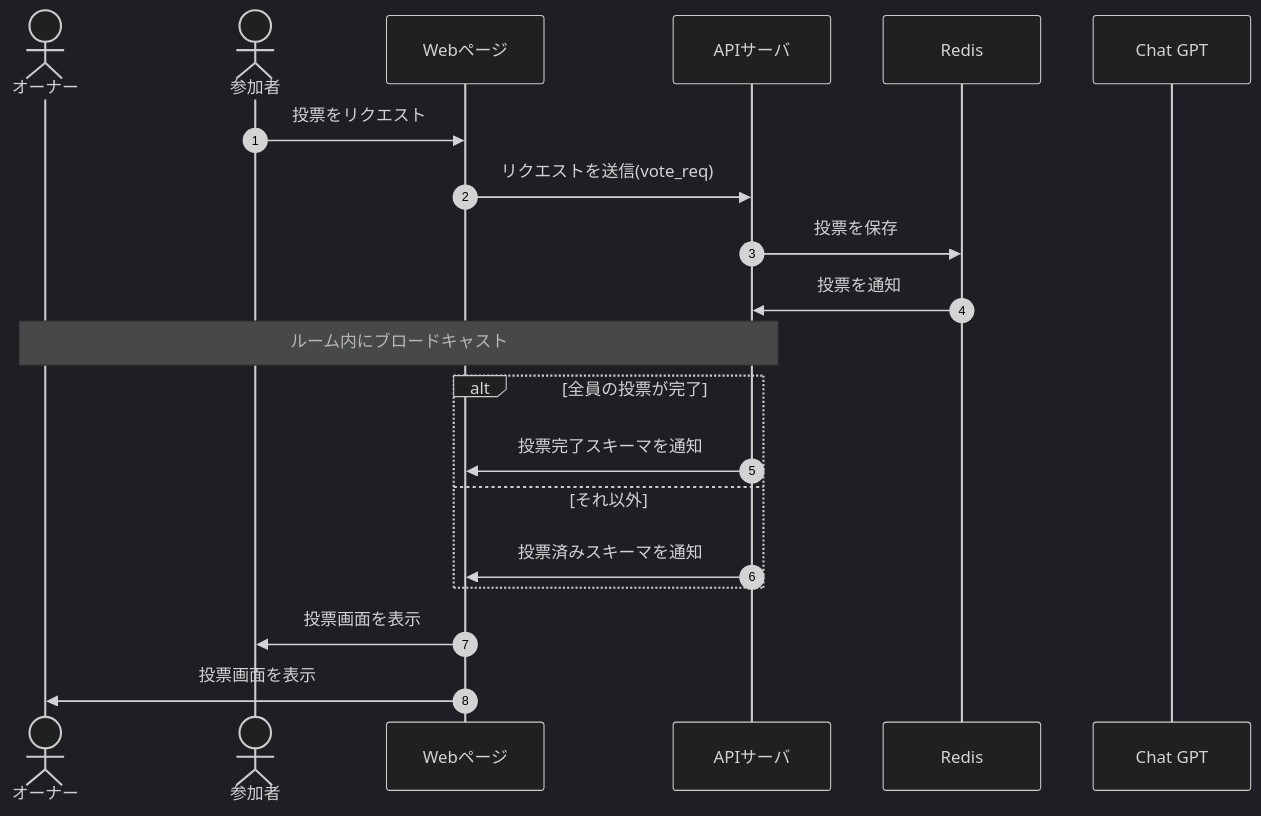
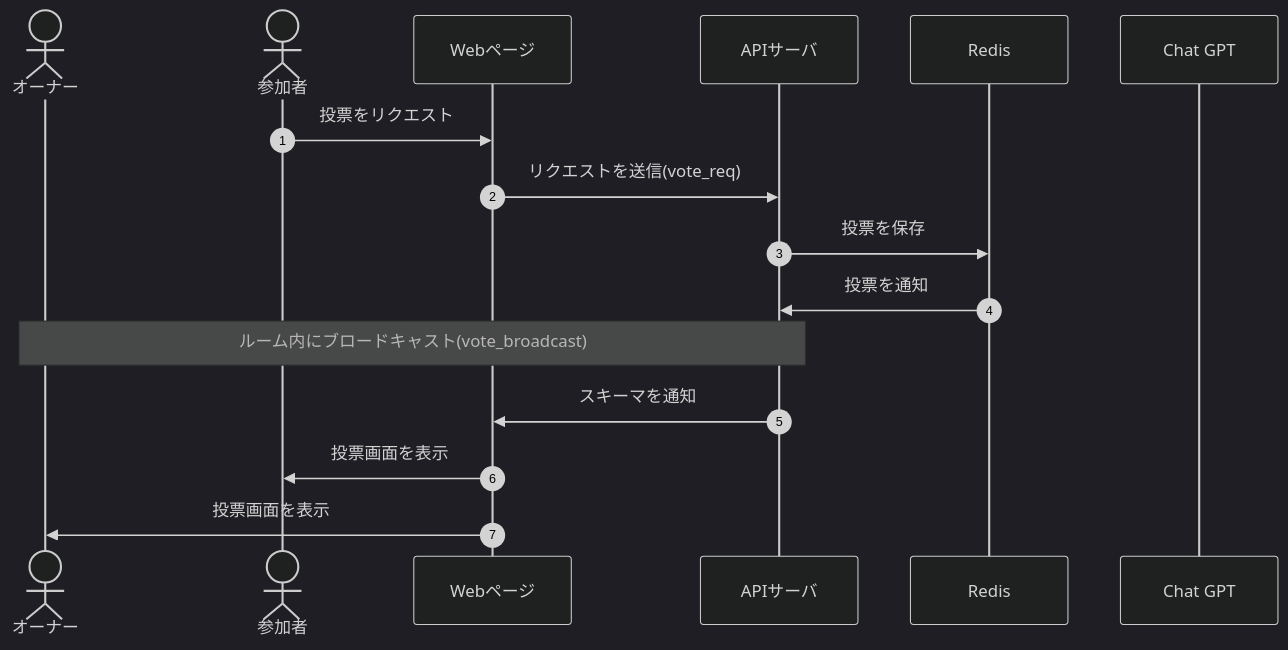
Before and after one commit to Tanakaryuki/chat_wolf: the diagram in docs/DesignDog/10_投票.md, drawn with Mermaid (dark theme). The commit also changed other lines of this file and 29 other files, not shown here.

````diff
--- a/docs/DesignDog/10_投票.md
+++ b/docs/DesignDog/10_投票.md
@@ -11,23 +11,19 @@
 ```mermaid
 sequenceDiagram
     autonumber
     actor owner as オーナー
     actor participants as 参加者
     participant front as Webページ
     participant api as APIサーバ
     participant db as Redis
     participant ai as Chat GPT
 
     participants->>front: 投票をリクエスト
     front->>api: リクエストを送信(vote_req)
     api->>db: 投票を保存
     db->>api: 投票を通知
-    Note over owner,api: ルーム内にブロードキャスト
-    alt 全員の投票が完了
-        api->>front: 投票完了スキーマを通知
-    else それ以外
-        api->>front: 投票済みスキーマを通知
-    end
+    Note over owner,api: ルーム内にブロードキャスト(vote_broadcast)
+    api->>front: スキーマを通知
     front->>participants: 投票画面を表示
     front->>owner: 投票画面を表示
 ```
````
